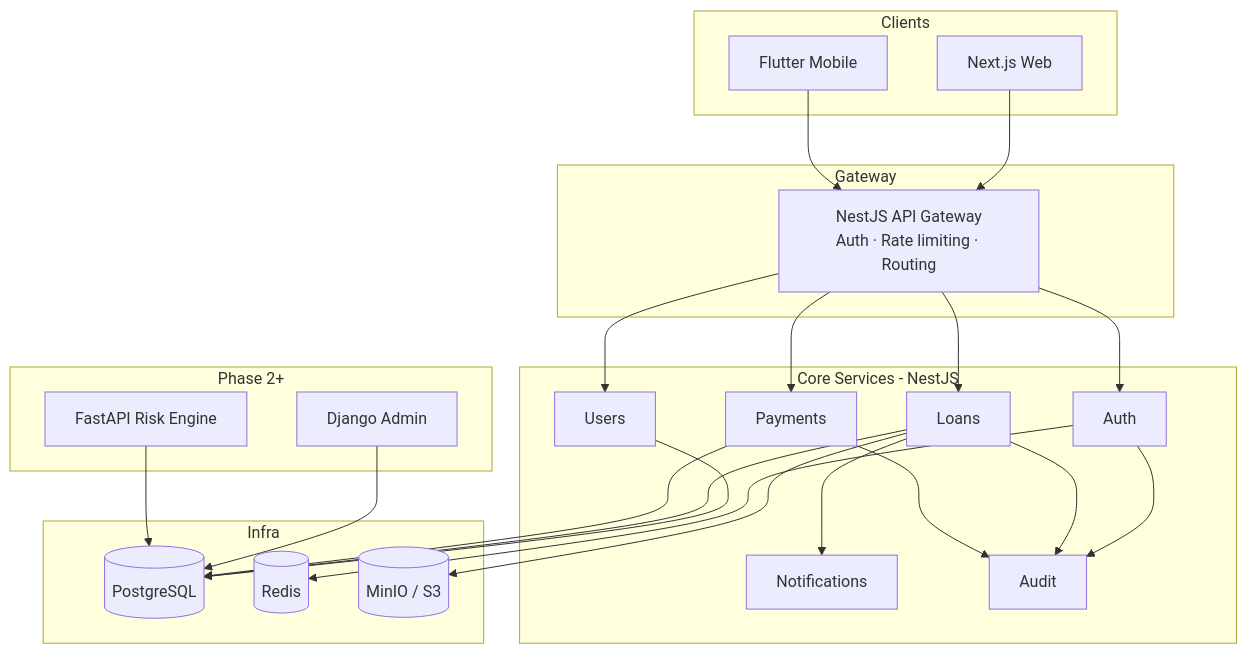
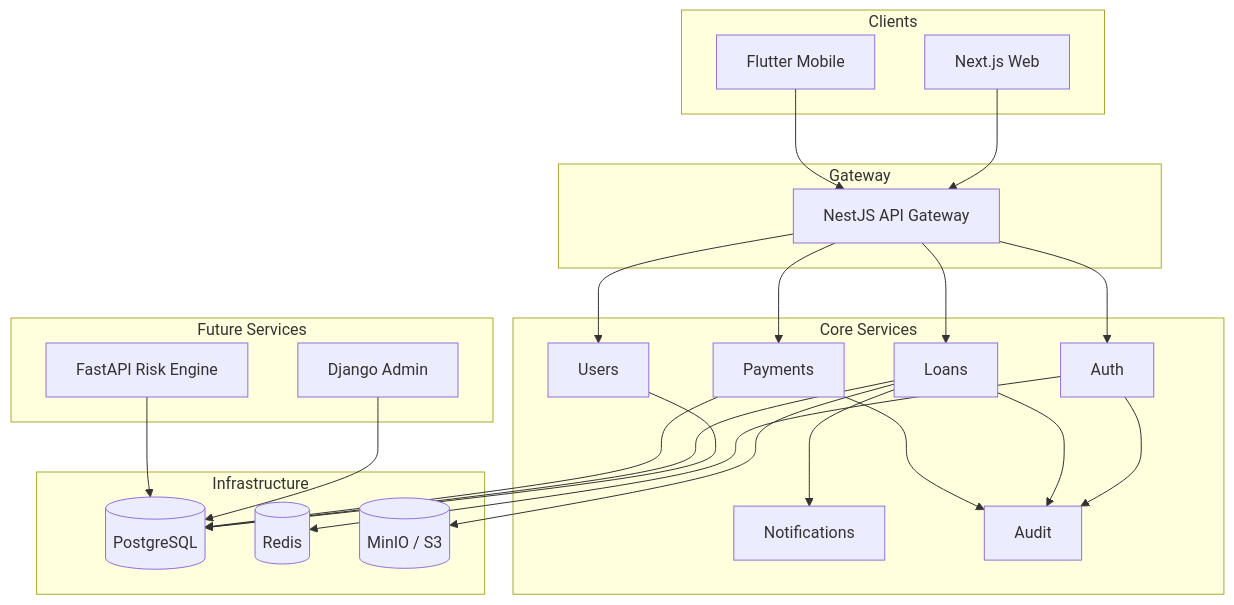
One commit to finalSay9/Loan_system changed the first of 4 diagrams in README.md. Above: the diagram before and after it, drawn with Mermaid. The commit also changed other lines of this file, not shown here.

````diff
--- a/README.md
+++ b/README.md
@@ -79,50 +150,57 @@
 ```mermaid
 flowchart TB
+
     subgraph Clients
         WEB[Next.js Web]
         MOB[Flutter Mobile]
     end
 
     subgraph Gateway
-        GW[NestJS API Gateway<br/>Auth · Rate limiting · Routing]
+        GW[NestJS API Gateway]
     end
 
-    subgraph Core["Core Services - NestJS"]
+    subgraph CoreServices["Core Services"]
         AUTH[Auth]
         USERS[Users]
         LOANS[Loans]
         PAY[Payments]
         NOTIF[Notifications]
         AUDIT[Audit]
     end
 
-    subgraph Backoffice["Phase 2+"]
+    subgraph Backoffice["Future Services"]
         DJANGO[Django Admin]
         FASTAPI[FastAPI Risk Engine]
     end
 
-    subgraph Infra
+    subgraph Infrastructure
         PG[(PostgreSQL)]
         REDIS[(Redis)]
         S3[(MinIO / S3)]
     end
 
     WEB --> GW
     MOB --> GW
+
     GW --> AUTH
     GW --> USERS
     GW --> LOANS
     GW --> PAY
+
     LOANS --> NOTIF
+
     AUTH --> AUDIT
     LOANS --> AUDIT
     PAY --> AUDIT
 
     USERS --> PG
     LOANS --> PG
     PAY --> PG
+
     AUTH --> REDIS
+
     DJANGO --> PG
     FASTAPI --> PG
+
     LOANS --> S3
 ```
````
